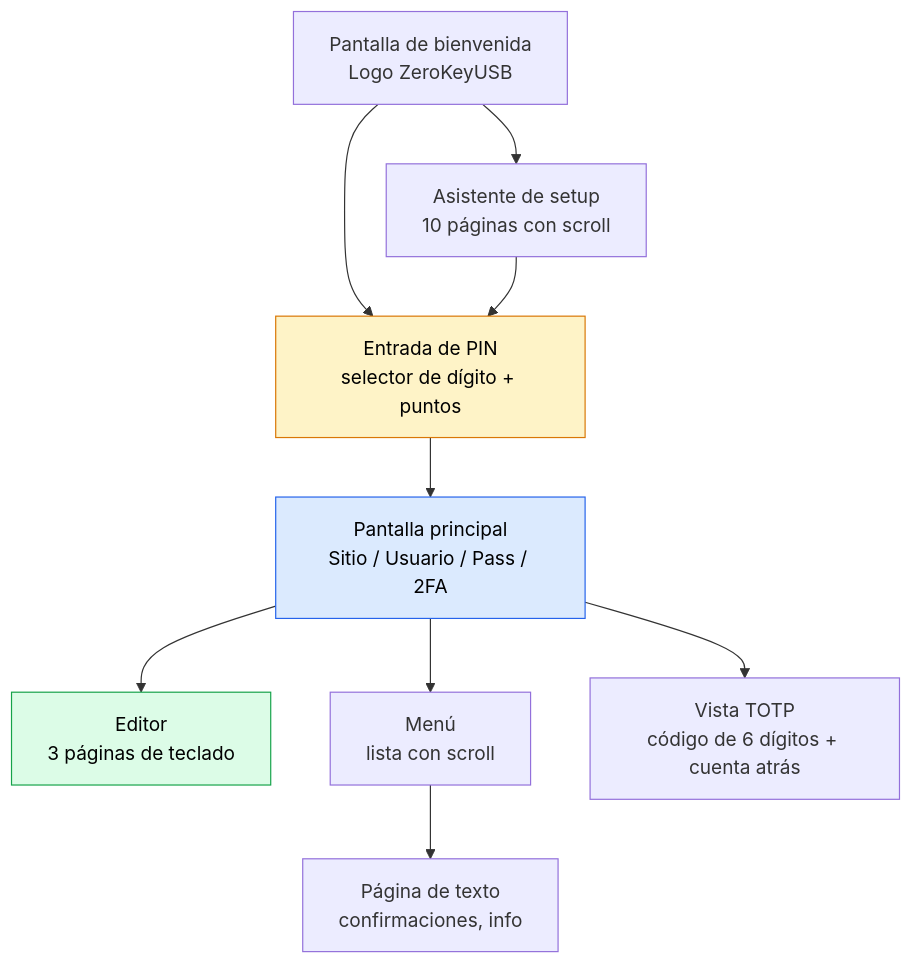
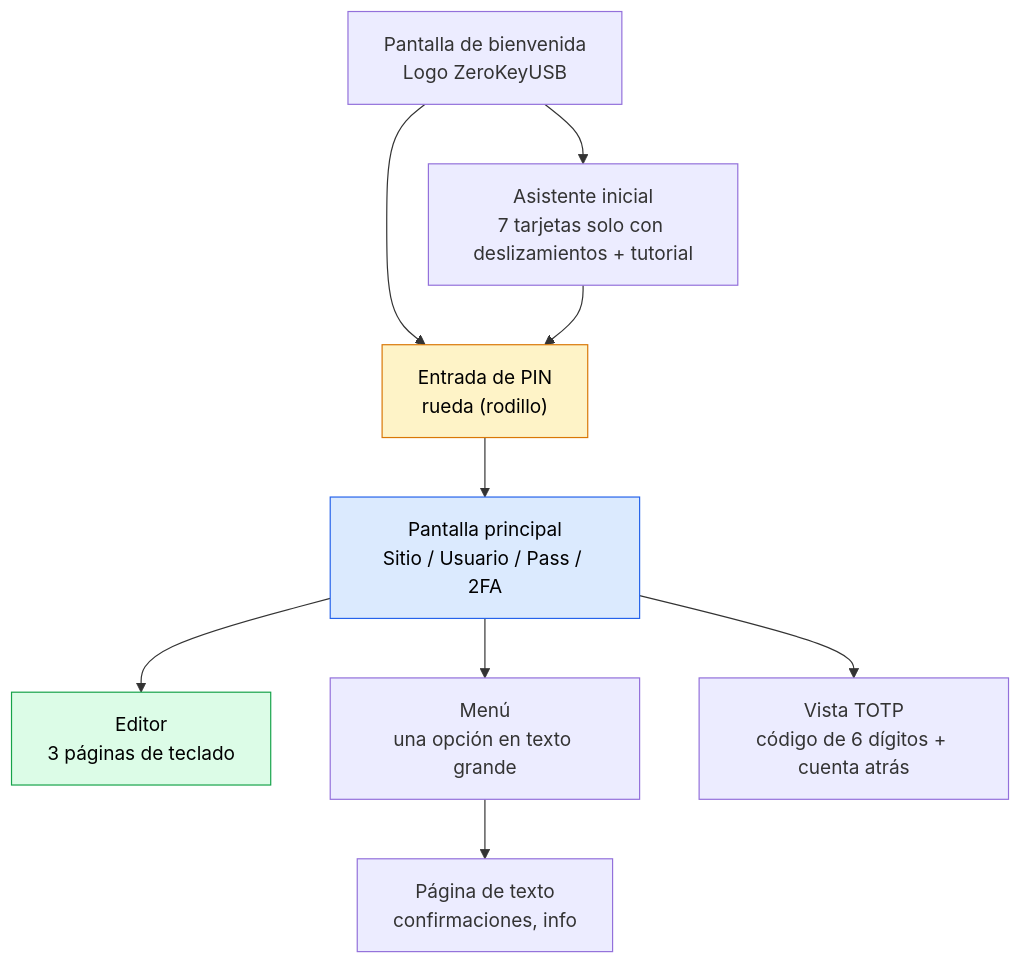
One commit to Depbit-lab/docsZerokeyUSB changed the first of 2 diagrams in es/firmware/display.mdx. Above: the diagram before and after it, drawn with Mermaid. The commit also changed other lines of this file and 78 other files, not shown here.

First line of the commit message:
docs: firmware 1.1.0 - gestures, rodillo PIN, 7-step setup

````diff
--- a/es/firmware/display.mdx
+++ b/es/firmware/display.mdx
@@ -15,24 +15,24 @@
 ```mermaid
 graph TD
     SPLASH["Pantalla de bienvenida<br/>Logo ZeroKeyUSB"]
-    SETUP["Asistente de setup<br/>10 páginas con scroll"]
-    PIN["Entrada de PIN<br/>selector de dígito + puntos"]
+    SETUP["Asistente inicial<br/>7 tarjetas solo con deslizamientos + tutorial"]
+    PIN["Entrada de PIN<br/>rueda (rodillo)"]
     MAIN["Pantalla principal<br/>Sitio / Usuario / Pass / 2FA"]
     EDIT["Editor<br/>3 páginas de teclado"]
-    MENU["Menú<br/>lista con scroll"]
+    MENU["Menú<br/>una opción en texto grande"]
     TOTP["Vista TOTP<br/>código de 6 dígitos + cuenta atrás"]
     TEXT["Página de texto<br/>confirmaciones, info"]
     
     SPLASH --> SETUP
     SPLASH --> PIN
     SETUP --> PIN
     PIN --> MAIN
     MAIN --> EDIT
     MAIN --> MENU
     MAIN --> TOTP
     MENU --> TEXT
     
     style PIN fill:#fef3c7,stroke:#d97706,color:#000
     style MAIN fill:#dbeafe,stroke:#2563eb,color:#000
     style EDIT fill:#dcfce7,stroke:#16a34a,color:#000
 ```
````
